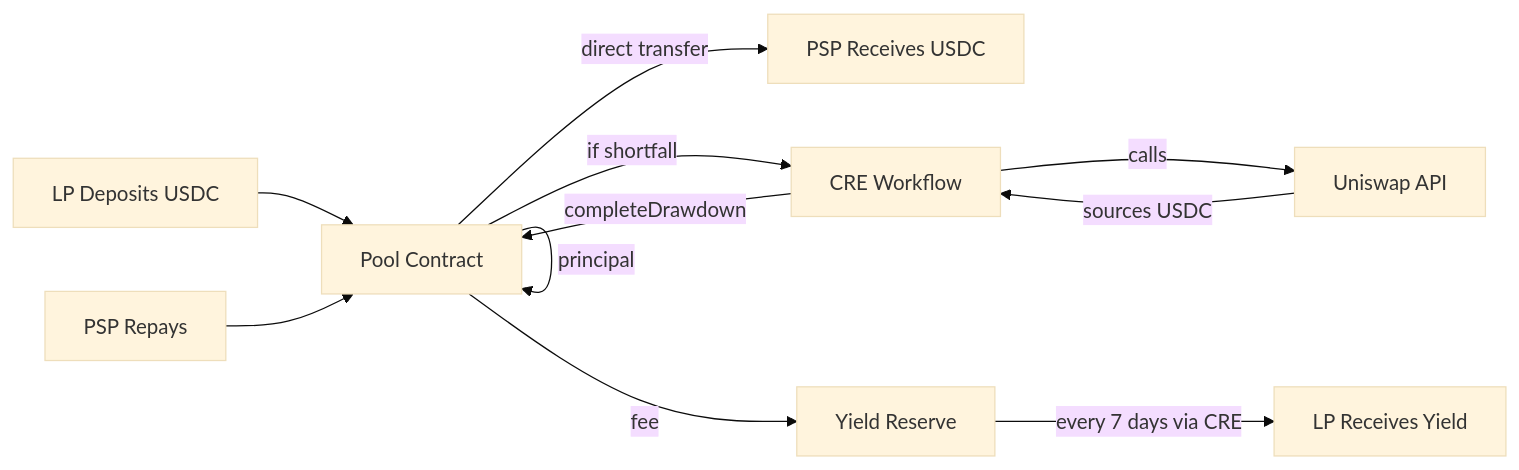
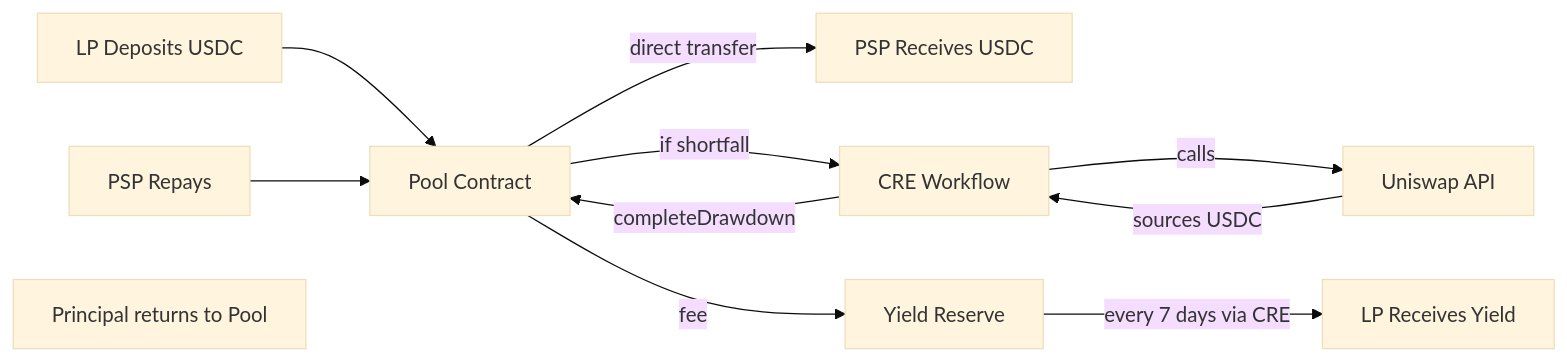
One commit to strugglingfrfr/PayMate-PSP changed the fourth of 4 diagrams in docs/architecture.md. Above: the diagram before and after it, drawn with Mermaid (base theme). The commit also changed other lines of this file, not shown here.

Commit message:
fix: remove style commands and self-ref from Mermaid diagrams

````diff
--- a/docs/architecture.md
+++ b/docs/architecture.md
@@ -88,14 +82,13 @@
 ```mermaid
 flowchart LR
     LP_DEP[LP Deposits USDC] --> POOL[Pool Contract]
-    POOL --> |direct transfer| PSP_RECV[PSP Receives USDC]
-    POOL --> |if shortfall| CRE[CRE Workflow]
-    CRE --> |calls| UNI[Uniswap API]
-    UNI --> |sources USDC| CRE
-    CRE --> |completeDrawdown| POOL
-
+    POOL -->|direct transfer| PSP_RECV[PSP Receives USDC]
+    POOL -->|if shortfall| CRE[CRE Workflow]
+    CRE -->|calls| UNI[Uniswap API]
+    UNI -->|sources USDC| CRE
+    CRE -->|completeDrawdown| POOL
     PSP_REP[PSP Repays] --> POOL
-    POOL --> |principal| POOL
-    POOL --> |fee| YR[Yield Reserve]
-    YR --> |every 7 days via CRE| LP_YIELD[LP Receives Yield]
+    POOL -->|fee| YR[Yield Reserve]
+    POOL_PRINCIPAL[Principal returns to Pool]
+    YR -->|every 7 days via CRE| LP_YIELD[LP Receives Yield]
 ```
````
